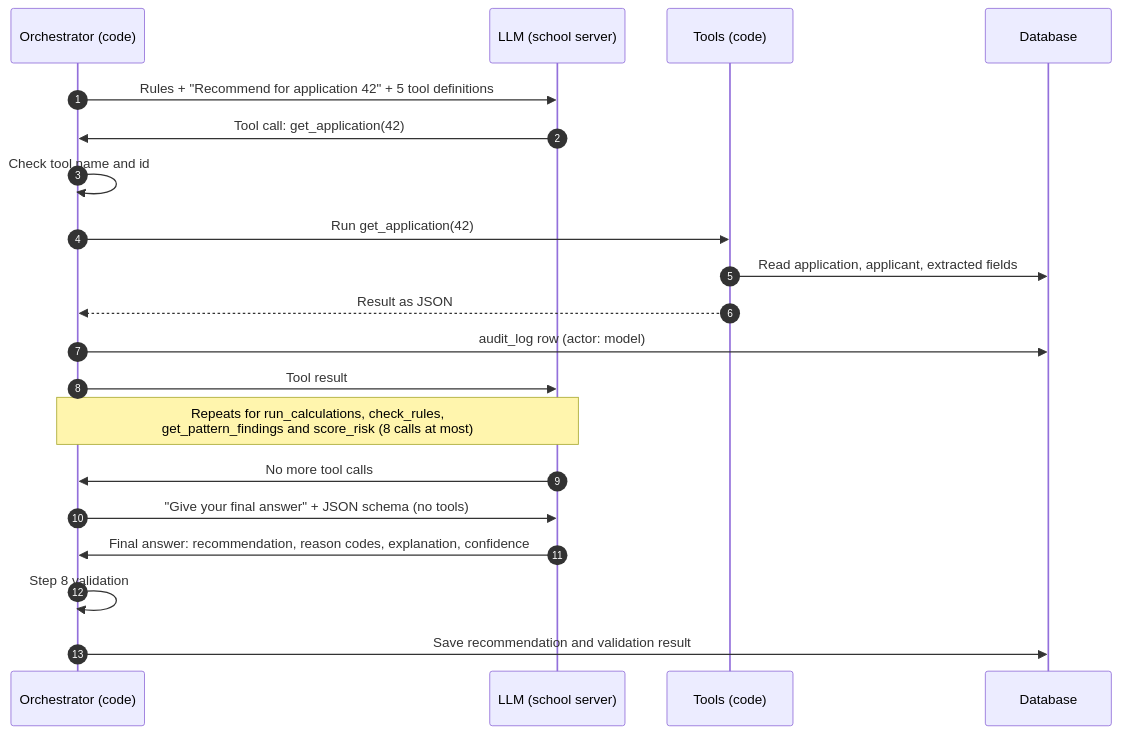
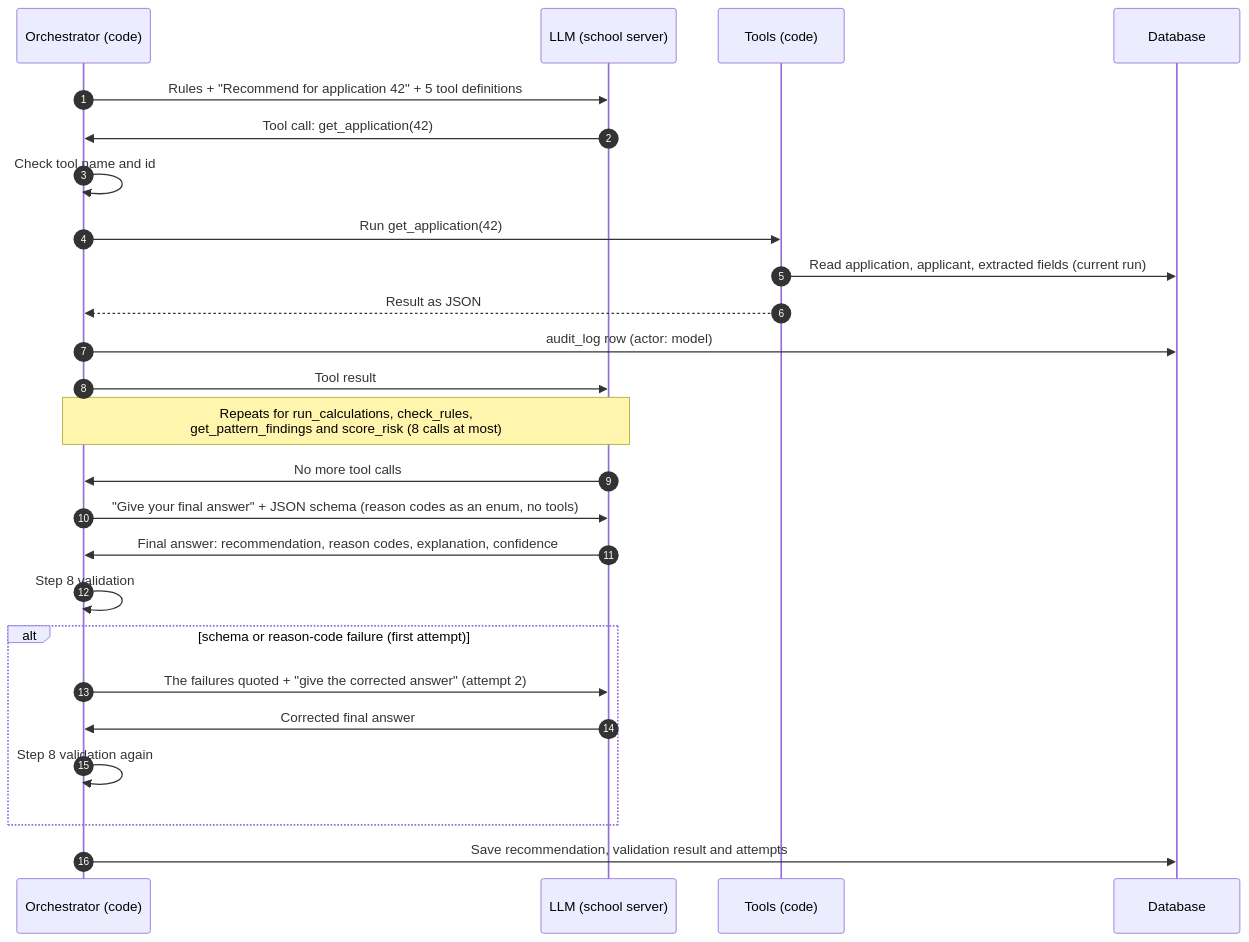
The second of 3 diagrams in README.md (patrick0-cpu/loan-decision-engine), drawn with Mermaid before and after one commit. The commit also changed other lines of this file and 19 other files, not shown here.

Commit message:
Phase 2b (in progress): variant c, interrupted runs, retries, re-run checks, eval script, diagrams, report sections

````diff
--- a/README.md
+++ b/README.md
@@ -108,22 +202,27 @@
 ```mermaid
 sequenceDiagram
   autonumber
   participant C as Orchestrator (code)
   participant M as LLM (school server)
   participant T as Tools (code)
   participant D as Database
   C->>M: Rules + "Recommend for application 42" + 5 tool definitions
   M->>C: Tool call: get_application(42)
   C->>C: Check tool name and id
   C->>T: Run get_application(42)
-  T->>D: Read application, applicant, extracted fields
+  T->>D: Read application, applicant, extracted fields (current run)
   T-->>C: Result as JSON
   C->>D: audit_log row (actor: model)
   C->>M: Tool result
   Note over C,M: Repeats for run_calculations, check_rules,<br/>get_pattern_findings and score_risk (8 calls at most)
   M->>C: No more tool calls
-  C->>M: "Give your final answer" + JSON schema (no tools)
+  C->>M: "Give your final answer" + JSON schema (reason codes as an enum, no tools)
   M->>C: Final answer: recommendation, reason codes, explanation, confidence
   C->>C: Step 8 validation
-  C->>D: Save recommendation and validation result
+  alt schema or reason-code failure (first attempt)
+    C->>M: The failures quoted + "give the corrected answer" (attempt 2)
+    M->>C: Corrected final answer
+    C->>C: Step 8 validation again
+  end
+  C->>D: Save recommendation, validation result and attempts
 ```
````
